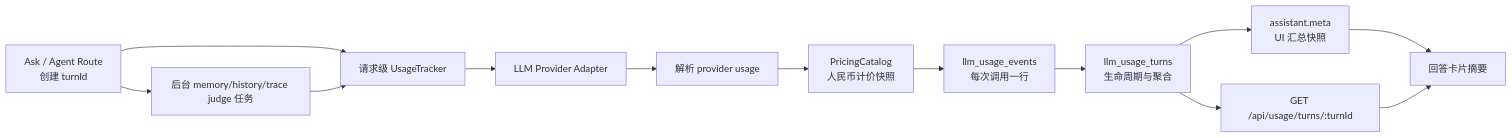
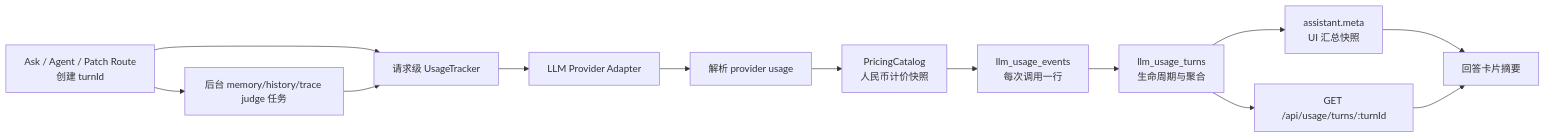
One commit to saligia28/aiops-code-tracer changed the diagram in docs/superpowers/specs/2026-07-29-token-cost-tracking-design.md. Above: the diagram before and after it, drawn with Mermaid. The commit also changed other lines of this file, not shown here.

````diff
--- a/docs/superpowers/specs/2026-07-29-token-cost-tracking-design.md
+++ b/docs/superpowers/specs/2026-07-29-token-cost-tracking-design.md
@@ -97,15 +107,15 @@
 ```mermaid
 flowchart LR
-    R["Ask / Agent Route<br/>创建 turnId"] --> T["请求级 UsageTracker"]
+    R["Ask / Agent / Patch Route<br/>创建 turnId"] --> T["请求级 UsageTracker"]
     T --> L["LLM Provider Adapter"]
     L --> U["解析 provider usage"]
     U --> P["PricingCatalog<br/>人民币计价快照"]
     P --> E["llm_usage_events<br/>每次调用一行"]
     E --> A["llm_usage_turns<br/>生命周期与聚合"]
     A --> M["assistant.meta<br/>UI 汇总快照"]
     A --> API["GET /api/usage/turns/:turnId"]
     M --> UI["回答卡片摘要"]
     API --> UI
     R --> B["后台 memory/history/trace judge 任务"]
     B --> T
 ```
````
